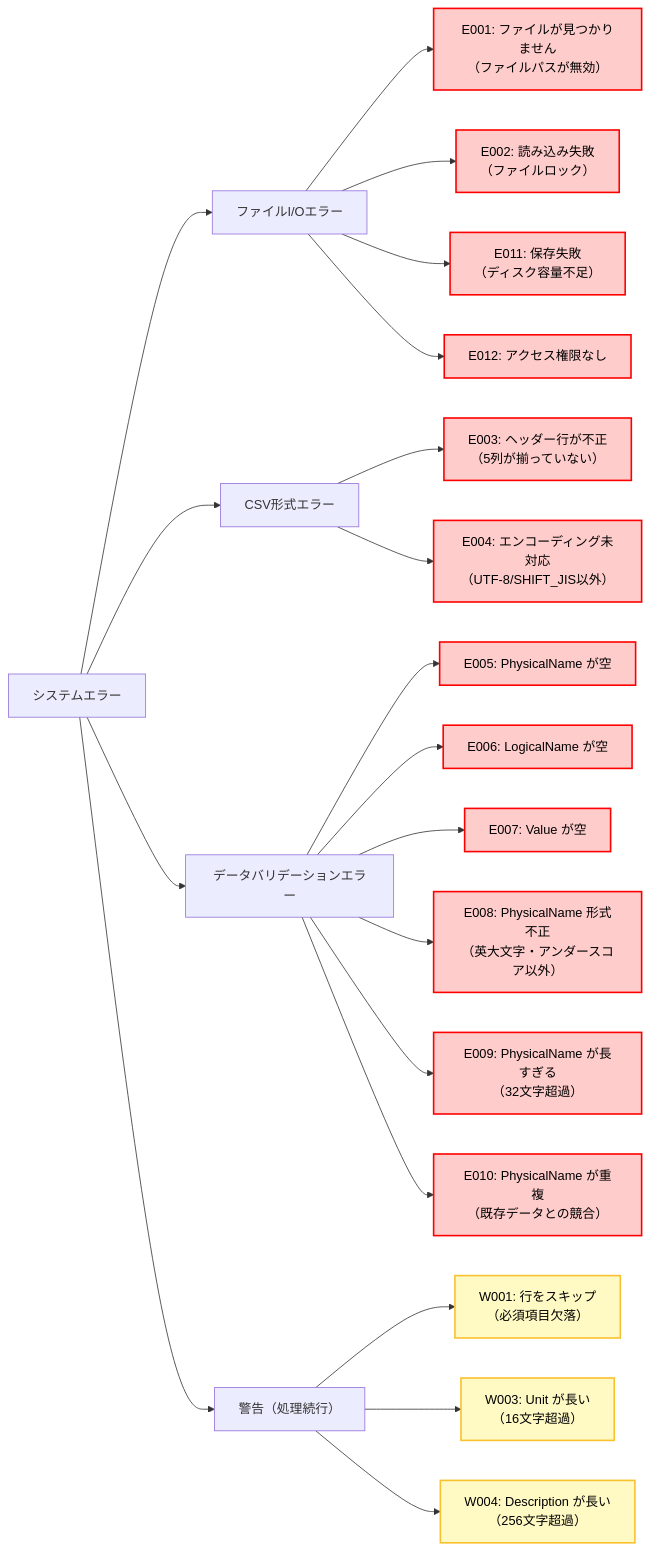
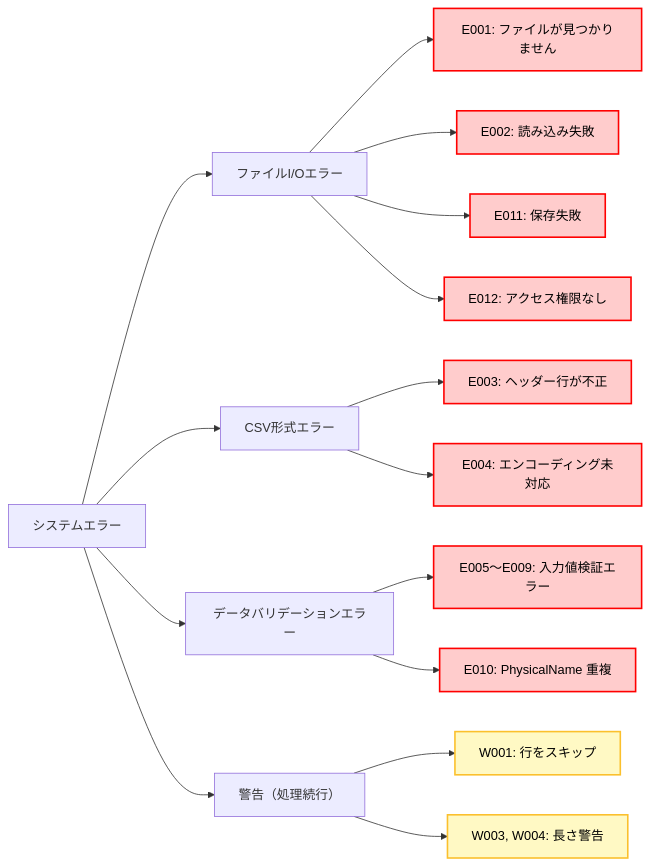
One commit to r-kuriki/handson-practice-2026-4-3days changed the sixth of 6 diagrams in docs/specifications/internal_spec.md. Above: the diagram before and after it, drawn with Mermaid. The commit also changed other lines of this file and 14 other files, not shown here.

````diff
--- a/docs/specifications/internal_spec.md
+++ b/docs/specifications/internal_spec.md
@@ -596,67 +696,43 @@
 ```mermaid
 graph LR
     ERR["システムエラー"]
     
     FILE_ERR["ファイルI/Oエラー"]
-    FILE_NOT_FOUND["E001: ファイルが見つかりません<br/>（ファイルパスが無効）"]
-    FILE_READ_FAIL["E002: 読み込み失敗<br/>（ファイルロック）"]
-    FILE_WRITE_FAIL["E011: 保存失敗<br/>（ディスク容量不足）"]
-    FILE_PERM["E012: アクセス権限なし"]
+    E001["E001: ファイルが見つかりません"]
+    E002["E002: 読み込み失敗"]
+    E011["E011: 保存失敗"]
+    E012["E012: アクセス権限なし"]
     
     CSV_ERR["CSV形式エラー"]
-    CSV_HEADER["E003: ヘッダー行が不正<br/>（5列が揃っていない）"]
-    CSV_ENCODE["E004: エンコーディング未対応<br/>（UTF-8/SHIFT_JIS以外）"]
+    E003["E003: ヘッダー行が不正"]
+    E004["E004: エンコーディング未対応"]
     
     DATA_ERR["データバリデーションエラー"]
-    DATA_E005["E005: PhysicalName が空"]
-    DATA_E006["E006: LogicalName が空"]
-    DATA_E007["E007: Value が空"]
-    DATA_E008["E008: PhysicalName 形式不正<br/>（英大文字・アンダースコア以外）"]
-    DATA_E009["E009: PhysicalName が長すぎる<br/>（32文字超過）"]
-    DATA_E010["E010: PhysicalName が重複<br/>（既存データとの競合）"]
+    E005_E009["E005～E009: 入力値検証エラー"]
+    E010["E010: PhysicalName 重複"]
     
     WARN["警告（処理続行）"]
-    WARN_W001["W001: 行をスキップ<br/>（必須項目欠落）"]
-    WARN_W003["W003: Unit が長い<br/>（16文字超過）"]
-    WARN_W004["W004: Description が長い<br/>（256文字超過）"]
+    W001["W001: 行をスキップ"]
+    W003_W004["W003, W004: 長さ警告"]
     
     ERR --> FILE_ERR
     ERR --> CSV_ERR
     ERR --> DATA_ERR
     ERR --> WARN
     
-    FILE_ERR --> FILE_NOT_FOUND
-    FILE_ERR --> FILE_READ_FAIL
-    FILE_ERR --> FILE_WRITE_FAIL
-    FILE_ERR --> FILE_PERM
+    FILE_ERR --> E001 & E002 & E011 & E012
+    CSV_ERR --> E003 & E004
+    DATA_ERR --> E005_E009 & E010
+    WARN --> W001 & W003_W004
     
-    CSV_ERR --> CSV_HEADER
-    CSV_ERR --> CSV_ENCODE
-    
-    DATA_ERR --> DATA_E005
-    DATA_ERR --> DATA_E006
-    DATA_ERR --> DATA_E007
-    DATA_ERR --> DATA_E008
-    DATA_ERR --> DATA_E009
-    DATA_ERR --> DATA_E010
-    
-    WARN --> WARN_W001
-    WARN --> WARN_W003
-    WARN --> WARN_W004
-    
-    style FILE_NOT_FOUND fill:#ffcccc,color:#000000,stroke:#ff0000,stroke-width:2px
-    style FILE_READ_FAIL fill:#ffcccc,color:#000000,stroke:#ff0000,stroke-width:2px
-    style FILE_WRITE_FAIL fill:#ffcccc,color:#000000,stroke:#ff0000,stroke-width:2px
-    style FILE_PERM fill:#ffcccc,color:#000000,stroke:#ff0000,stroke-width:2px
-    style CSV_HEADER fill:#ffcccc,color:#000000,stroke:#ff0000,stroke-width:2px
-    style CSV_ENCODE fill:#ffcccc,color:#000000,stroke:#ff0000,stroke-width:2px
-    style DATA_E005 fill:#ffcccc,color:#000000,stroke:#ff0000,stroke-width:2px
-    style DATA_E006 fill:#ffcccc,color:#000000,stroke:#ff0000,stroke-width:2px
-    style DATA_E007 fill:#ffcccc,color:#000000,stroke:#ff0000,stroke-width:2px
-    style DATA_E008 fill:#ffcccc,color:#000000,stroke:#ff0000,stroke-width:2px
-    style DATA_E009 fill:#ffcccc,color:#000000,stroke:#ff0000,stroke-width:2px
-    style DATA_E010 fill:#ffcccc,color:#000000,stroke:#ff0000,stroke-width:2px
-    style WARN_W001 fill:#fff9c4,color:#000000,stroke:#fbc02d,stroke-width:2px
-    style WARN_W003 fill:#fff9c4,color:#000000,stroke:#fbc02d,stroke-width:2px
-    style WARN_W004 fill:#fff9c4,color:#000000,stroke:#fbc02d,stroke-width:2px
+    style E001 fill:#ffcccc,color:#000000,stroke:#ff0000,stroke-width:2px
+    style E002 fill:#ffcccc,color:#000000,stroke:#ff0000,stroke-width:2px
+    style E011 fill:#ffcccc,color:#000000,stroke:#ff0000,stroke-width:2px
+    style E012 fill:#ffcccc,color:#000000,stroke:#ff0000,stroke-width:2px
+    style E003 fill:#ffcccc,color:#000000,stroke:#ff0000,stroke-width:2px
+    style E004 fill:#ffcccc,color:#000000,stroke:#ff0000,stroke-width:2px
+    style E005_E009 fill:#ffcccc,color:#000000,stroke:#ff0000,stroke-width:2px
+    style E010 fill:#ffcccc,color:#000000,stroke:#ff0000,stroke-width:2px
+    style W001 fill:#fff9c4,color:#000000,stroke:#fbc02d,stroke-width:2px
+    style W003_W004 fill:#fff9c4,color:#000000,stroke:#fbc02d,stroke-width:2px
 ```
````
